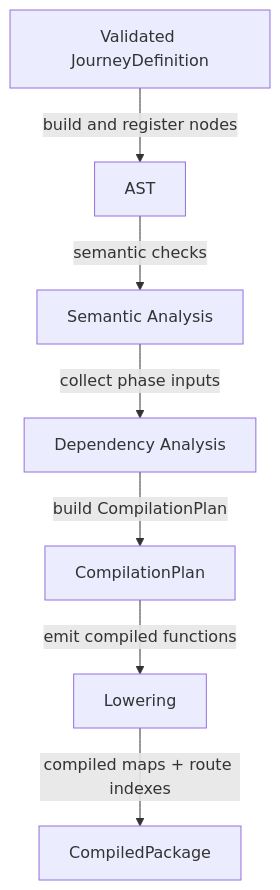
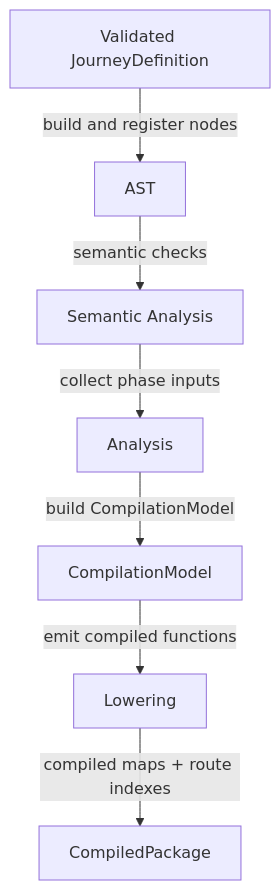
Before and after one commit to ministryofjustice/hmpps-forge: the second of 3 diagrams in packages/forge-core/src/engine/README.md, drawn with Mermaid. The commit also changed 118 other files, not shown here.

Commit message:
Rework analysis into one hierarchical compilation model per package

````diff
--- a/packages/forge-core/src/engine/README.md
+++ b/packages/forge-core/src/engine/README.md
@@ -85,9 +85,9 @@
 ```mermaid
 flowchart TD
   validated["Validated JourneyDefinition"] -->|"build and register nodes"| ast["AST"]
   ast -->|"semantic checks"| semantics["Semantic Analysis"]
-  semantics -->|"collect phase inputs"| dependencies["Dependency Analysis"]
-  dependencies -->|"build CompilationPlan"| plan["CompilationPlan"]
+  semantics -->|"collect phase inputs"| dependencies["Analysis"]
+  dependencies -->|"build CompilationModel"| plan["CompilationModel"]
   plan -->|"emit compiled functions"| lowering["Lowering"]
   lowering -->|"compiled maps + route indexes"| result["CompiledPackage"]
 ```
````
